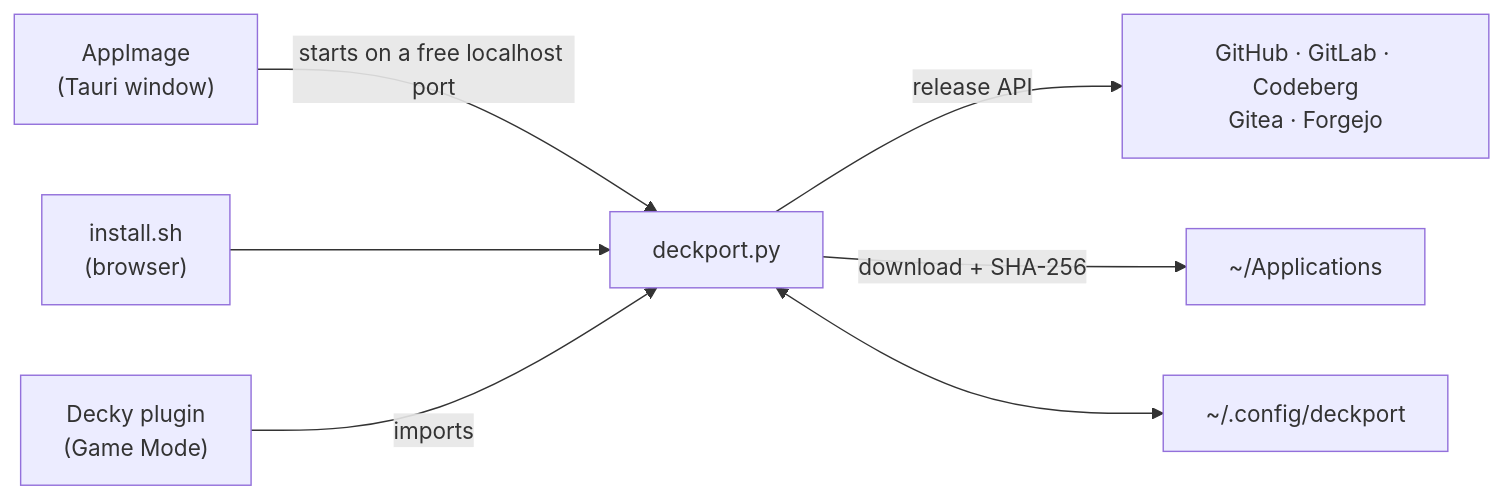
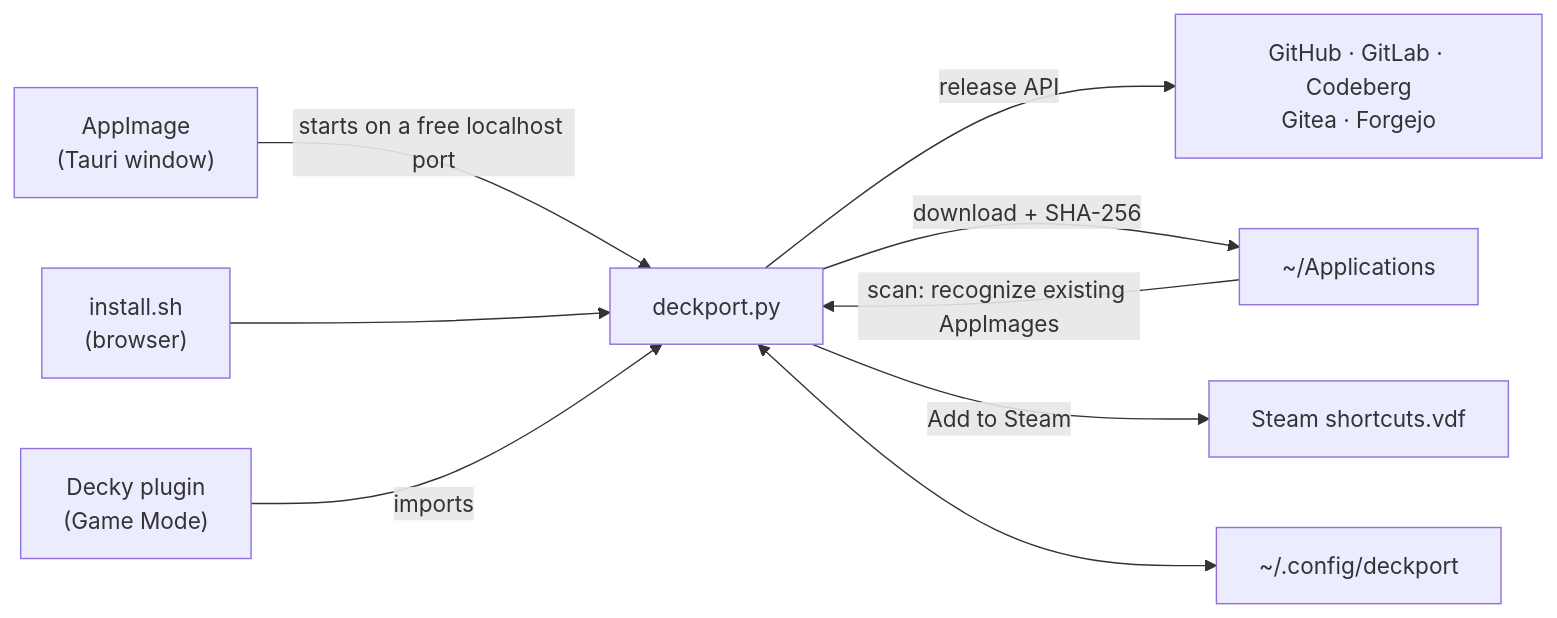
The diagram in README.md (intermission88/SedotDeck), drawn with Mermaid before and after one commit. The commit also changed other lines of this file, not shown here.

Commit message:
Docs: README for 1.5.0 (what's new, app catalog, Steam shortcuts)

````diff
--- a/README.md
+++ b/README.md
@@ -216,9 +253,11 @@
 ```mermaid
 flowchart LR
   A["AppImage<br/>(Tauri window)"] -- "starts on a free localhost port" --> P["deckport.py"]
   S["install.sh<br/>(browser)"] --> P
   D["Decky plugin<br/>(Game Mode)"] -- "imports" --> P
   P -- "release API" --> F["GitHub · GitLab · Codeberg<br/>Gitea · Forgejo"]
   P -- "download + SHA-256" --> L["~/Applications"]
+  L -- "scan: recognize existing AppImages" --> P
+  P -- "Add to Steam" --> V["Steam shortcuts.vdf"]
   P <--> C["~/.config/deckport"]
 ```
````
